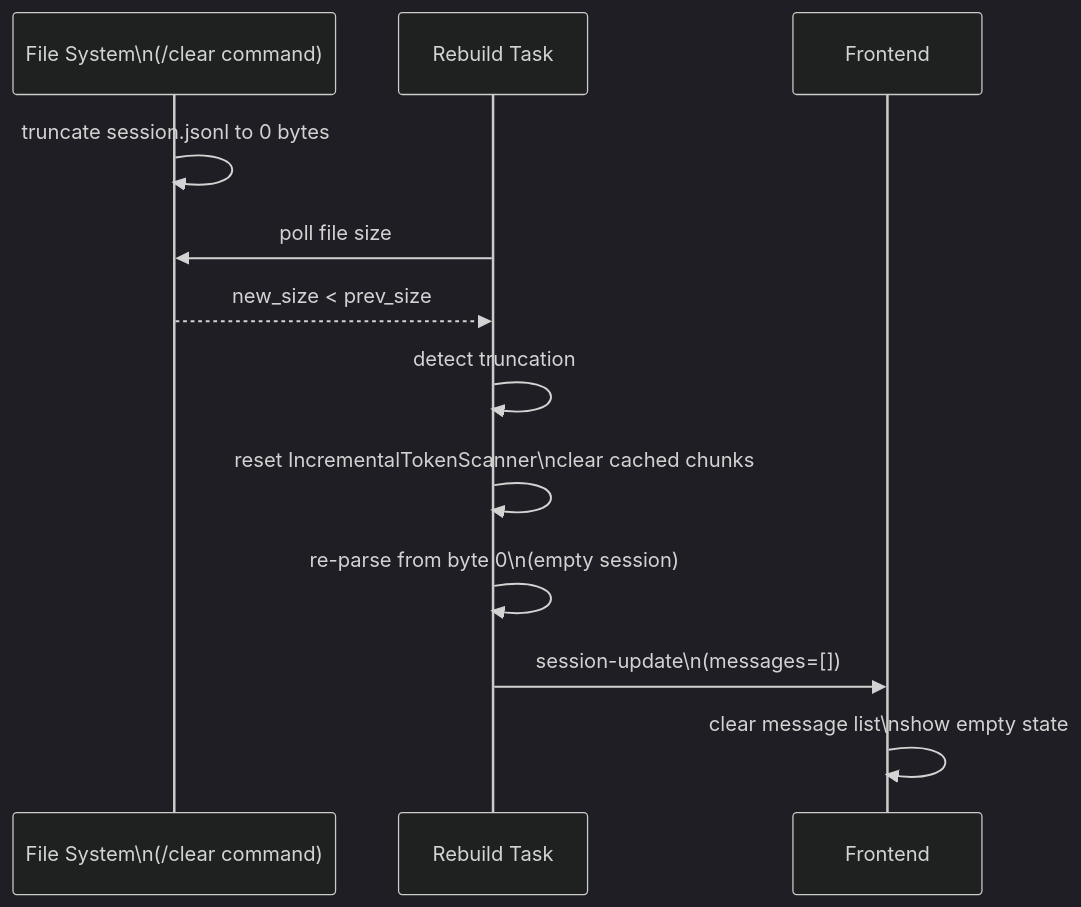
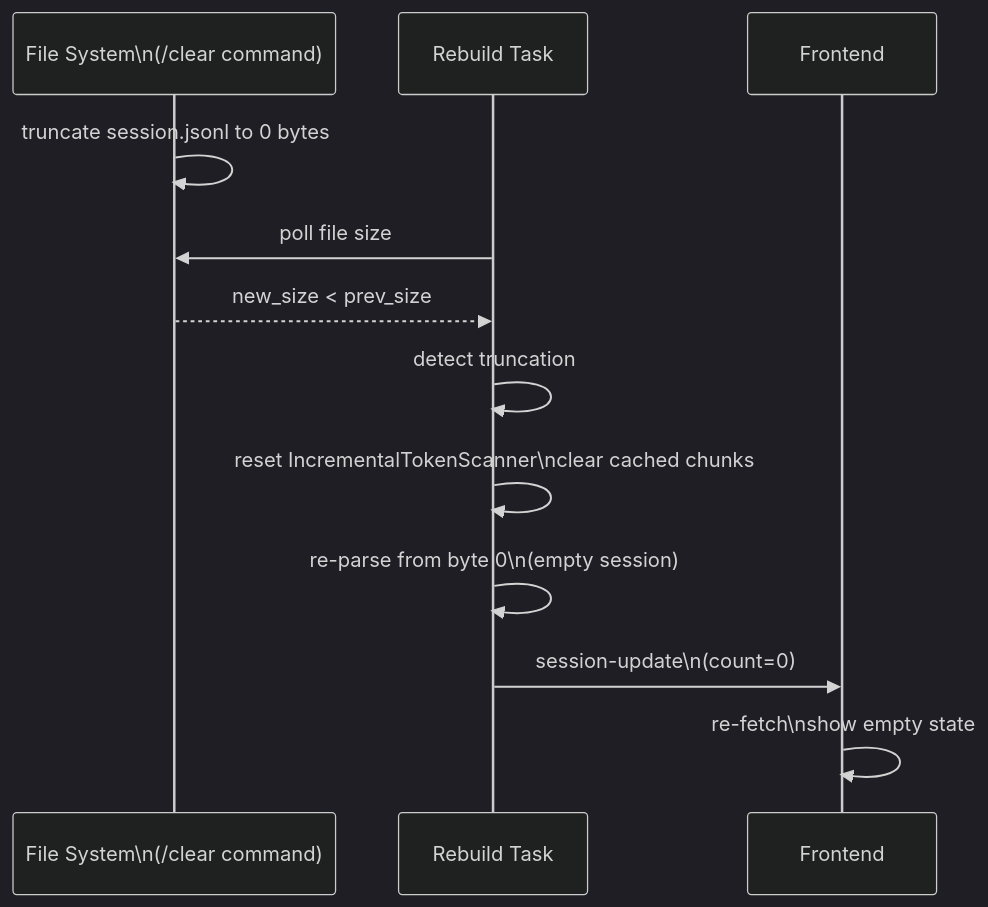
One commit to delexw/claude-code-trace changed the fifth of 10 diagrams in specs/08-session-lifecycle.md. Above: the diagram before and after it, drawn with Mermaid (dark theme). The commit also changed other lines of this file and 14 other files, not shown here.

````diff
--- a/specs/08-session-lifecycle.md
+++ b/specs/08-session-lifecycle.md
@@ -153,15 +154,15 @@
 ```mermaid
 sequenceDiagram
     participant FS as File System\n(/clear command)
     participant REBUILD as Rebuild Task
     participant FE as Frontend
 
     FS ->> FS: truncate session.jsonl to 0 bytes
     REBUILD ->> FS: poll file size
     FS -->> REBUILD: new_size < prev_size
     REBUILD ->> REBUILD: detect truncation
     REBUILD ->> REBUILD: reset IncrementalTokenScanner\nclear cached chunks
     REBUILD ->> REBUILD: re-parse from byte 0\n(empty session)
-    REBUILD ->> FE: session-update\n(messages=[])
-    FE ->> FE: clear message list\nshow empty state
+    REBUILD ->> FE: session-update\n(count=0)
+    FE ->> FE: re-fetch\nshow empty state
 ```
````
